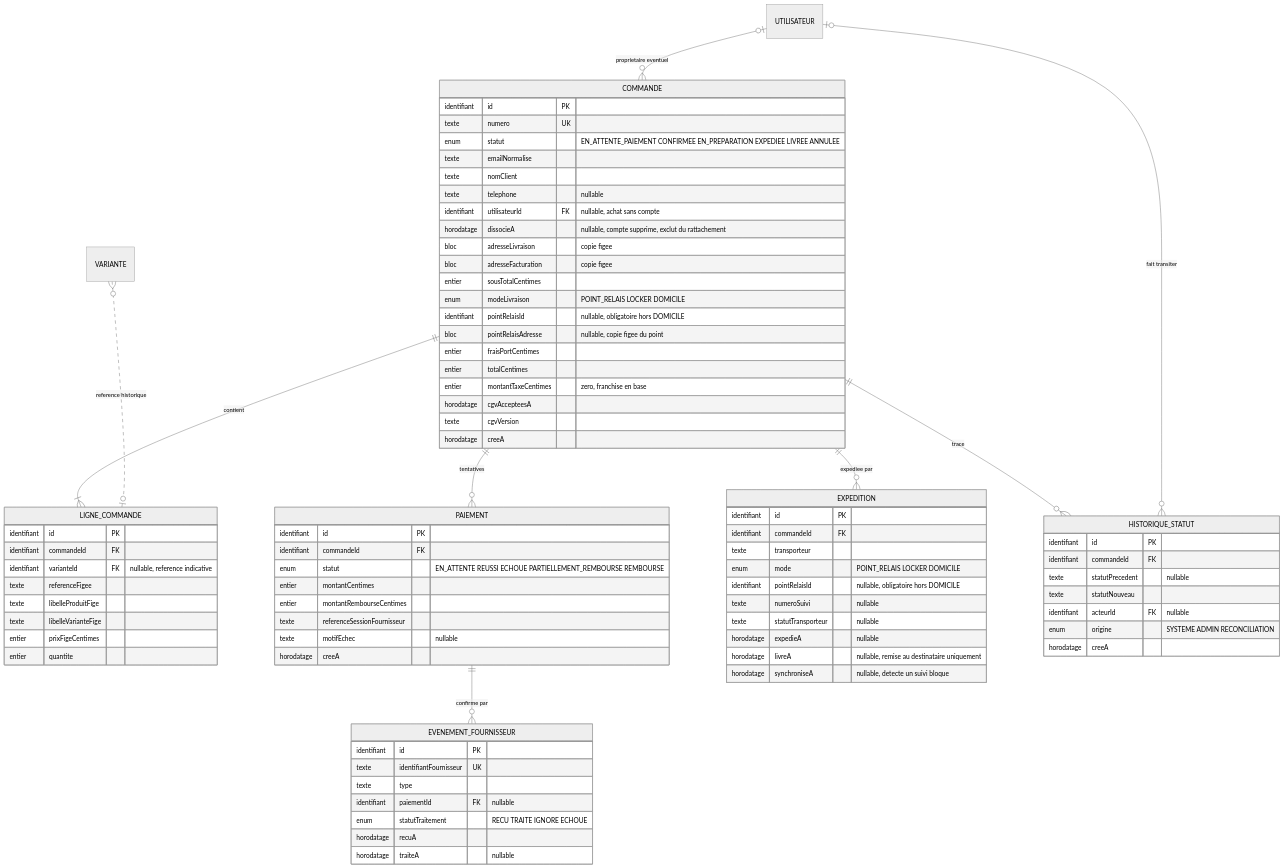
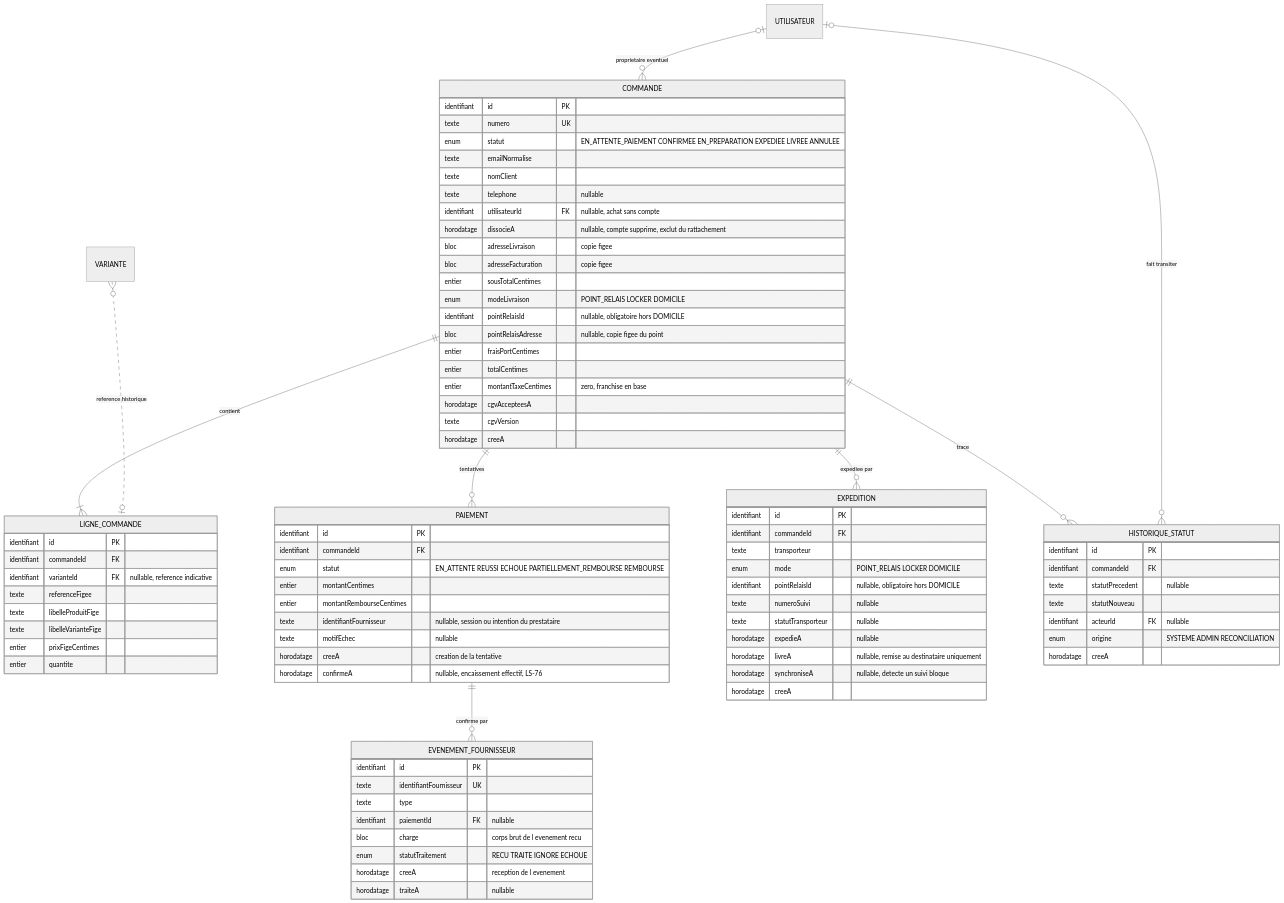
The fourth of 9 diagrams in docs/architecture/MODELE-CONCEPTUEL.md (krismos64/lune-soleil), drawn with Mermaid (neutral theme) before and after one commit. The commit also changed other lines of this file and 1 other file, not shown here.

```diff
--- a/docs/architecture/MODELE-CONCEPTUEL.md
+++ b/docs/architecture/MODELE-CONCEPTUEL.md
@@ -496,17 +507,19 @@
         enum statut "EN_ATTENTE REUSSI ECHOUE PARTIELLEMENT_REMBOURSE REMBOURSE"
         entier montantCentimes
         entier montantRembourseCentimes
-        texte referenceSessionFournisseur
+        texte identifiantFournisseur "nullable, session ou intention du prestataire"
         texte motifEchec "nullable"
-        horodatage creeA
+        horodatage creeA "creation de la tentative"
+        horodatage confirmeA "nullable, encaissement effectif, LS-76"
     }
     EVENEMENT_FOURNISSEUR {
         identifiant id PK
         texte identifiantFournisseur UK
         texte type
         identifiant paiementId FK "nullable"
+        bloc charge "corps brut de l evenement recu"
         enum statutTraitement "RECU TRAITE IGNORE ECHOUE"
-        horodatage recuA
+        horodatage creeA "reception de l evenement"
         horodatage traiteA "nullable"
     }
     EXPEDITION {
@@ -520,6 +533,7 @@
         horodatage expedieA "nullable"
         horodatage livreA "nullable, remise au destinataire uniquement"
         horodatage synchroniseA "nullable, detecte un suivi bloque"
+        horodatage creeA
     }
     HISTORIQUE_STATUT {
         identifiant id PK
```
